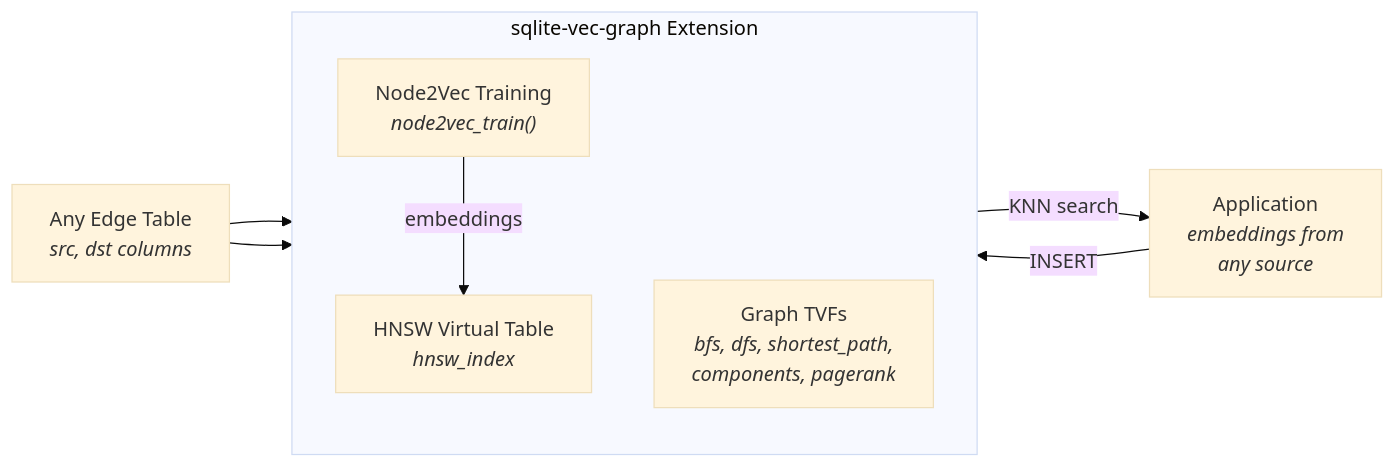
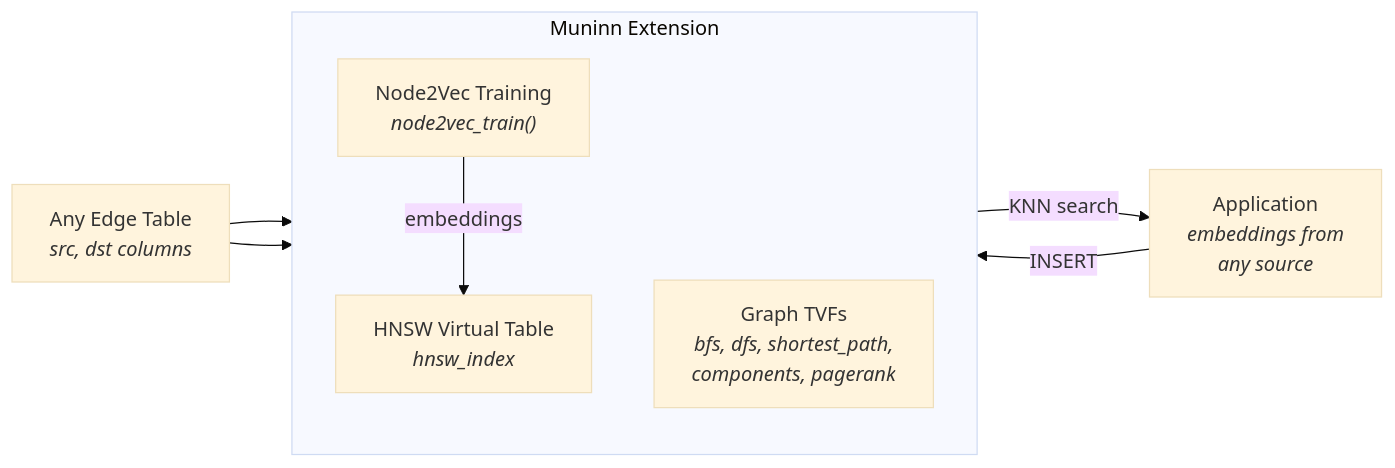
One commit to neozenith/sqlite-muninn changed the diagram in README.md. Above: the diagram before and after it, drawn with Mermaid (base theme). The commit also changed other lines of this file and 33 other files, not shown here.

Commit message:
project rename to sqlite-muninn

````diff
--- a/README.md
+++ b/README.md
@@ -7,15 +7,15 @@
 ```mermaid
 graph LR
-    subgraph sqlite-vec-graph Extension
+    subgraph Muninn Extension
         direction TB
         HNSW["HNSW Virtual Table<br/><i>hnsw_index</i>"]
         GTVF["Graph TVFs<br/><i>bfs, dfs, shortest_path,<br/>components, pagerank</i>"]
         N2V["Node2Vec Training<br/><i>node2vec_train()</i>"]
     end
 
     ET["Any Edge Table<br/><i>src, dst columns</i>"] --> GTVF
     ET --> N2V
     N2V -->|embeddings| HNSW
     APP["Application<br/><i>embeddings from<br/>any source</i>"] -->|INSERT| HNSW
     HNSW -->|KNN search| APP
 ```
````
